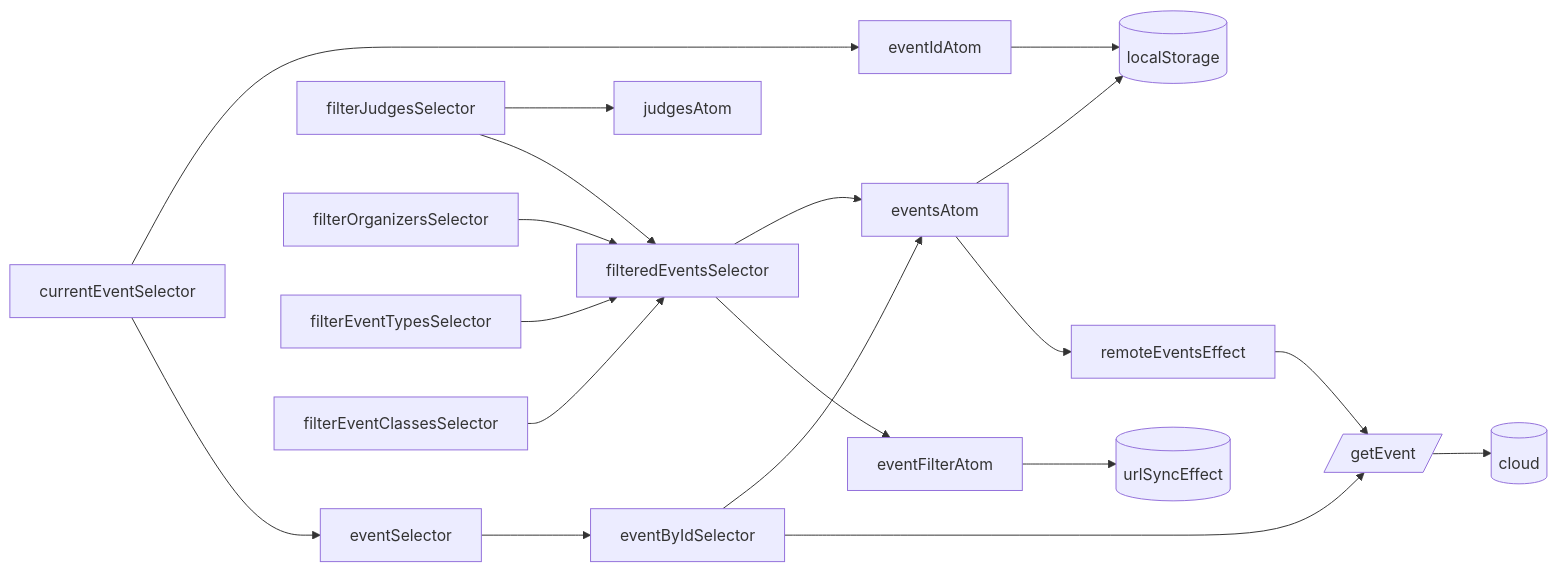
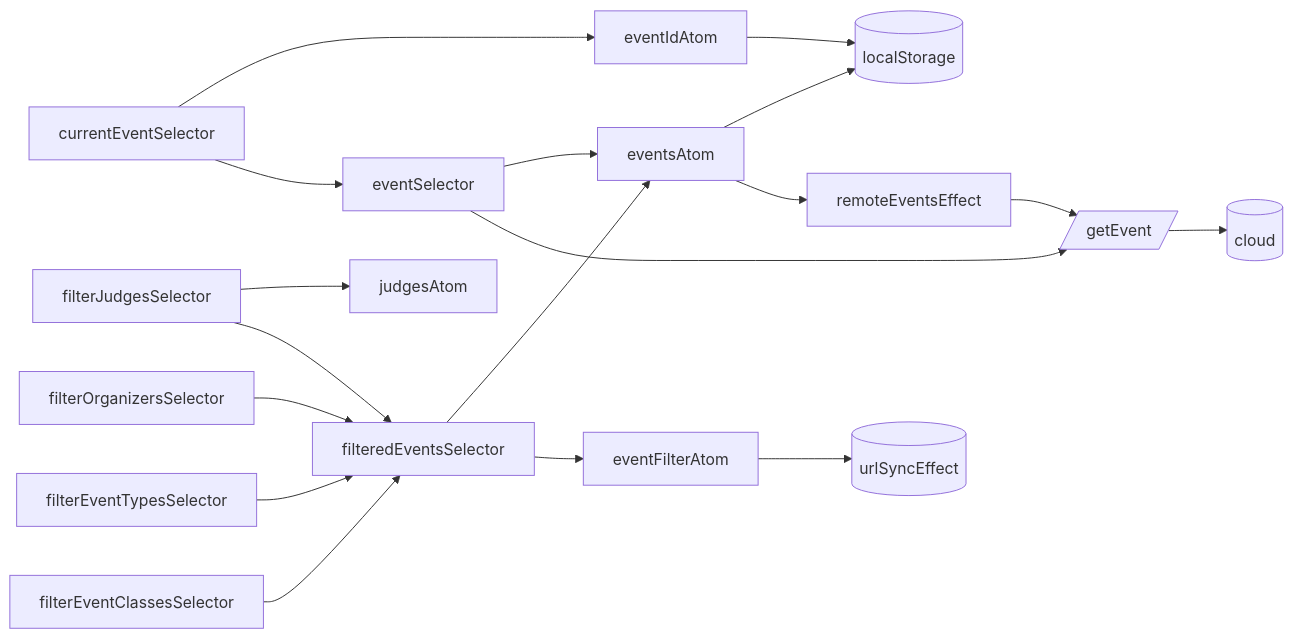
The first of 4 diagrams in koekalenteri-frontend/src/pages/recoil/README.md (koekalenteri/koekalenteri), drawn with Mermaid before and after one commit. The commit also changed 5 other files, not shown here.

Commit message:
refactor: remove eventByIdSelector

````diff
--- a/koekalenteri-frontend/src/pages/recoil/README.md
+++ b/koekalenteri-frontend/src/pages/recoil/README.md
@@ -7,26 +7,25 @@
 ```mermaid
 graph LR
   eventIdAtom-->storageEffect
   eventsAtom-->storageEffect
   eventsAtom-->remoteEventsEffect
   eventFilterAtom-->urlSyncEffect
 
   remoteEventsEffect-->getEvent[/getEvent/]-->aws
   storageEffect[(localStorage)]
   urlSyncEffect[(urlSyncEffect)]
 
-  eventSelector-->eventByIdSelector
-  eventByIdSelector-->eventsAtom
-  eventByIdSelector-->getEvent
+  eventSelector-->eventsAtom
+  eventSelector-->getEvent
   currentEventSelector-->eventIdAtom
   currentEventSelector-->eventSelector
   filteredEventsSelector-->eventsAtom
   filteredEventsSelector-->eventFilterAtom
   filterJudgesSelector-->judgesAtom
   filterJudgesSelector-->filteredEventsSelector
   filterOrganizersSelector-->filteredEventsSelector
   filterEventTypesSelector-->filteredEventsSelector
   filterEventClassesSelector-->filteredEventsSelector
 
   aws[(cloud)]
 ```
````
